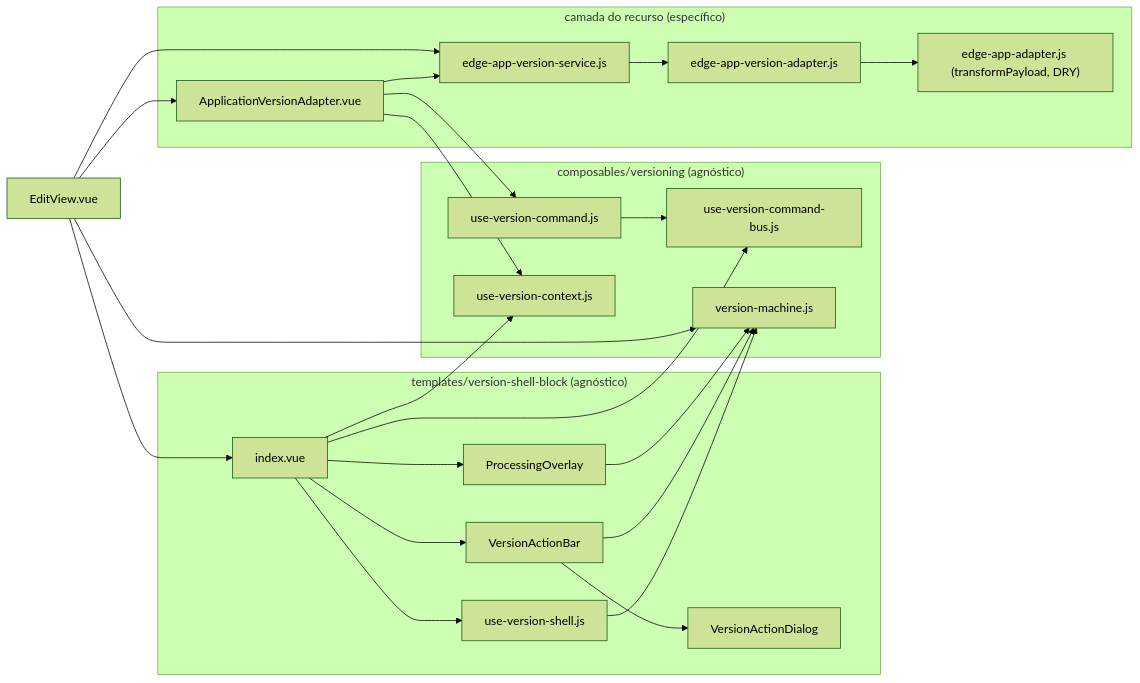
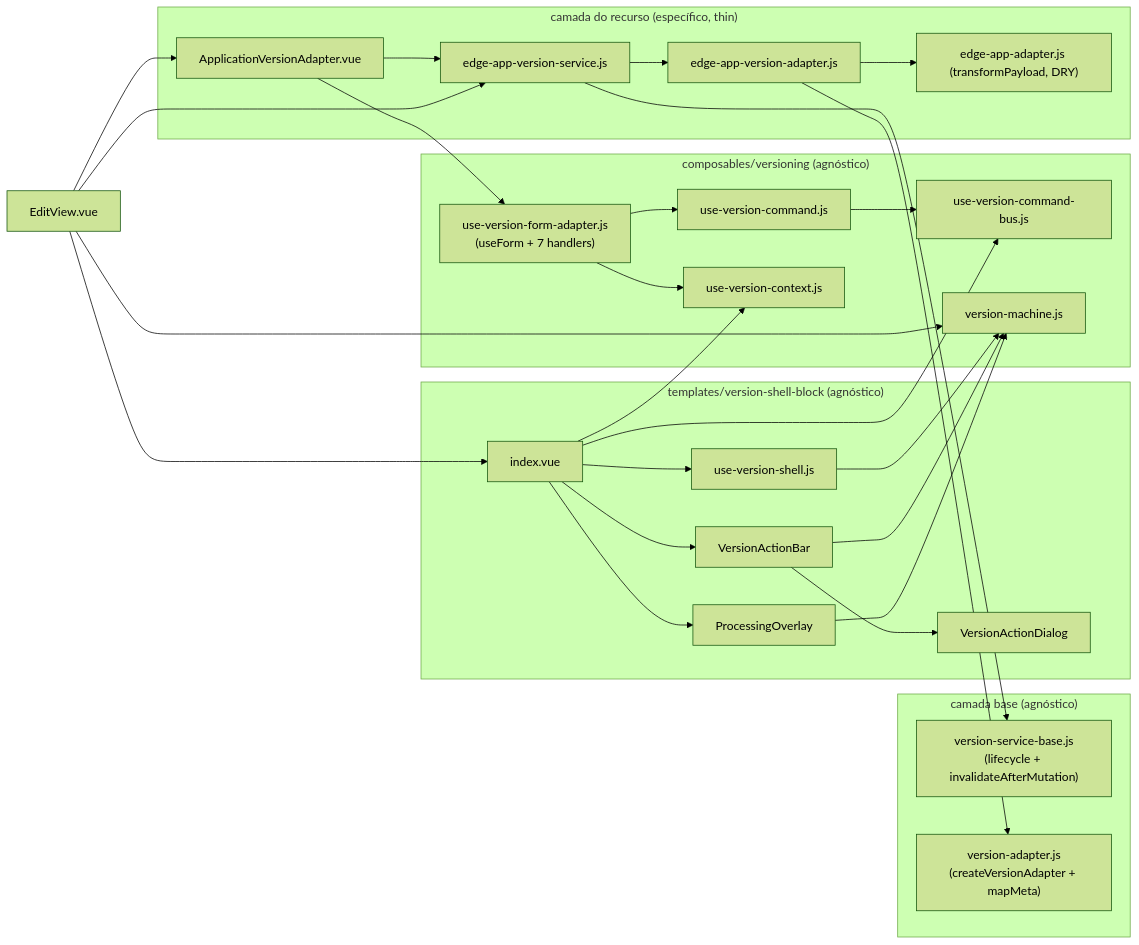
The second of 7 diagrams in docs/VERSION-SHELL.md (aziontech/azion-console-kit), drawn with Mermaid (forest theme) before and after one commit. The commit also changed other lines of this file and 1 other file, not shown here.

Commit message:
docs: update VERSION-SHELL guide and add shell-untouched gate script

````diff
--- a/docs/VERSION-SHELL.md
+++ b/docs/VERSION-SHELL.md
@@ -91,28 +96,37 @@
 ```mermaid
 flowchart LR
   subgraph shell["templates/version-shell-block (agnóstico)"]
     IDX["index.vue"] --> UVS["use-version-shell.js"]
     IDX --> BAR["VersionActionBar"] --> DLG["VersionActionDialog"]
     IDX --> OVL["ProcessingOverlay"]
   end
 
   subgraph composables["composables/versioning (agnóstico)"]
     BUS["use-version-command-bus.js"]
     CMD["use-version-command.js"] --> BUS
     CTX["use-version-context.js"]
     VM["version-machine.js"]
+    UFA["use-version-form-adapter.js<br/>(useForm + 7 handlers)"]
   end
 
-  subgraph resource["camada do recurso (específico)"]
+  subgraph base["camada base (agnóstico)"]
+    VSB["version-service-base.js<br/>(lifecycle + invalidateAfterMutation)"]
+    FACT["version-adapter.js<br/>(createVersionAdapter + mapMeta)"]
+  end
+
+  subgraph resource["camada do recurso (específico, thin)"]
     ADP["ApplicationVersionAdapter.vue"]
     SVC["edge-app-version-service.js"] --> SAD["edge-app-version-adapter.js"]
     SAD --> EAD["edge-app-adapter.js (transformPayload, DRY)"]
   end
 
   IDX --> BUS & CTX
   UVS --> VM
   BAR --> VM
   OVL --> VM
-  ADP --> CMD & CTX & SVC
+  UFA --> CMD & CTX
+  SVC --> VSB
+  SAD --> FACT
+  ADP --> UFA & SVC
   EV2["EditView.vue"] --> IDX & ADP & SVC & VM
 ```
````
